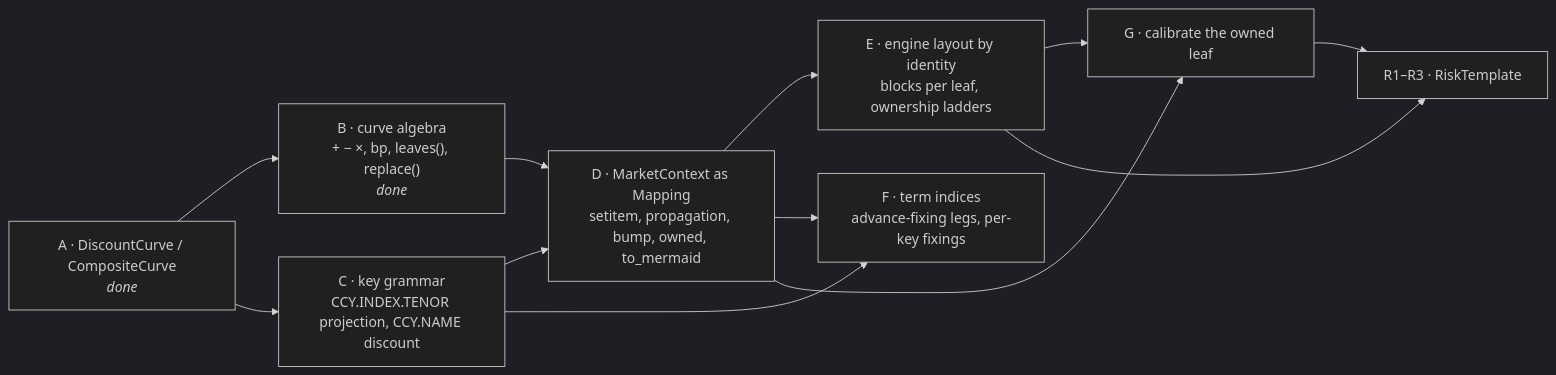
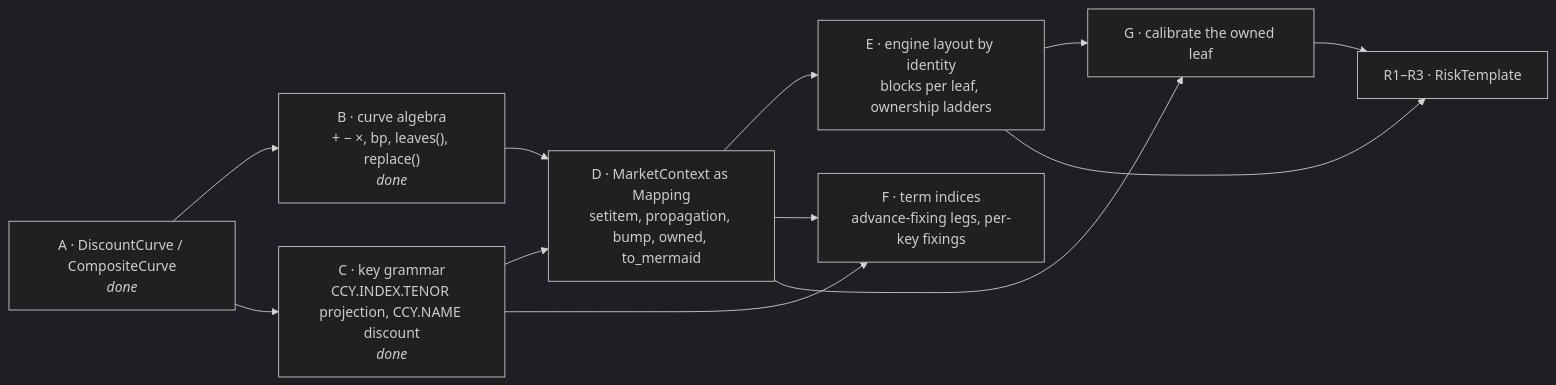
The diagram in docs/curves_and_market_plan.md (rudetastic13/quant-toolkit), drawn with Mermaid (dark theme) before and after one commit. The commit also changed other lines of this file and 59 other files, not shown here.

````diff
--- a/docs/curves_and_market_plan.md
+++ b/docs/curves_and_market_plan.md
@@ -46,22 +47,22 @@
 ```mermaid
 graph LR
     A["A · DiscountCurve / CompositeCurve<br/><i>done</i>"]
     B["B · curve algebra<br/>+ − ×, bp, leaves(), replace()<br/><i>done</i>"]
-    C["C · key grammar<br/>CCY.INDEX.TENOR projection, CCY.NAME discount"]
+    C["C · key grammar<br/>CCY.INDEX.TENOR projection, CCY.NAME discount<br/><i>done</i>"]
     D["D · MarketContext as Mapping<br/>setitem, propagation, bump, owned, to_mermaid"]
     E["E · engine layout by identity<br/>blocks per leaf, ownership ladders"]
     F["F · term indices<br/>advance-fixing legs, per-key fixings"]
     G["G · calibrate the owned leaf"]
     R["R1–R3 · RiskTemplate"]
     A --> B
     A --> C
     B --> D
     C --> D
     C --> F
     D --> E
     D --> F
     D --> G
     E --> G
     E --> R
     G --> R
 ```
````
